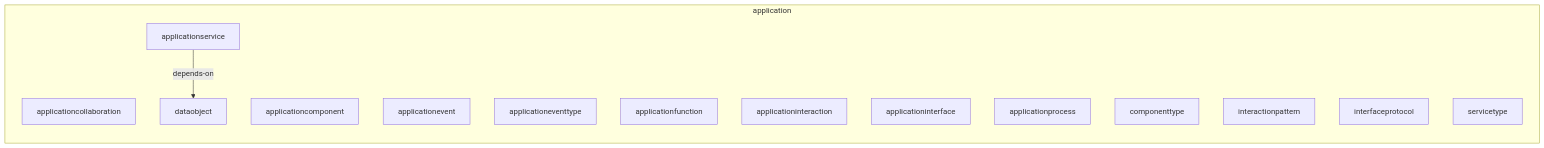
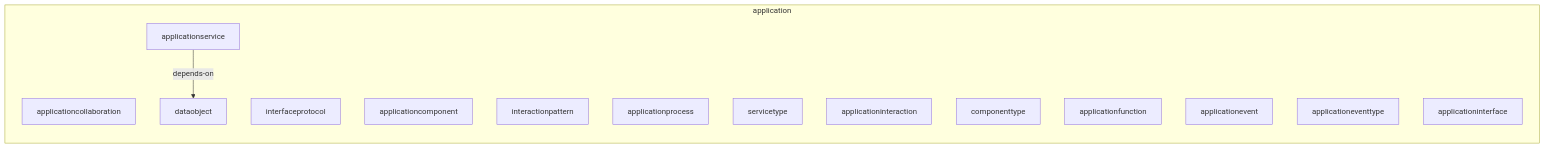
The first of 2 diagrams in spec/browser/04-application-layer-report.md (tinkermonkey/documentation_robotics), drawn with Mermaid before and after one commit. The commit also changed other lines of this file and 13 other files, not shown here.

````diff
--- a/spec/browser/04-application-layer-report.md
+++ b/spec/browser/04-application-layer-report.md
@@ -49,20 +49,20 @@
 ```mermaid
 flowchart LR
   subgraph application
     applicationcollaboration["applicationcollaboration"]
+    interfaceprotocol["interfaceprotocol"]
     applicationcomponent["applicationcomponent"]
+    applicationservice["applicationservice"]
+    dataobject["dataobject"]
+    interactionpattern["interactionpattern"]
+    applicationprocess["applicationprocess"]
+    servicetype["servicetype"]
+    applicationinteraction["applicationinteraction"]
+    componenttype["componenttype"]
+    applicationfunction["applicationfunction"]
     applicationevent["applicationevent"]
     applicationeventtype["applicationeventtype"]
-    applicationfunction["applicationfunction"]
-    applicationinteraction["applicationinteraction"]
     applicationinterface["applicationinterface"]
-    applicationprocess["applicationprocess"]
-    applicationservice["applicationservice"]
-    componenttype["componenttype"]
-    dataobject["dataobject"]
-    interactionpattern["interactionpattern"]
-    interfaceprotocol["interfaceprotocol"]
-    servicetype["servicetype"]
     applicationservice -->|depends-on| dataobject
   end
 ```
````
